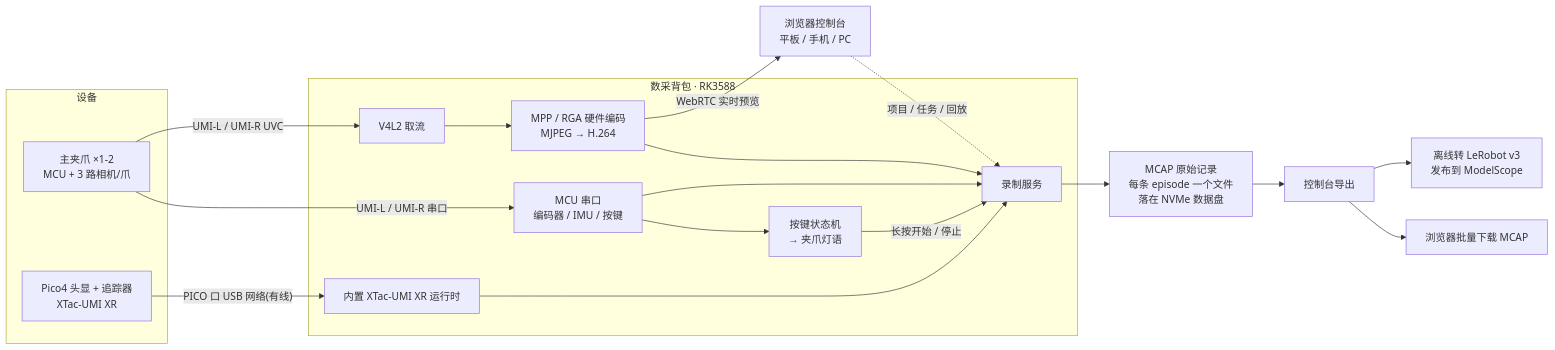
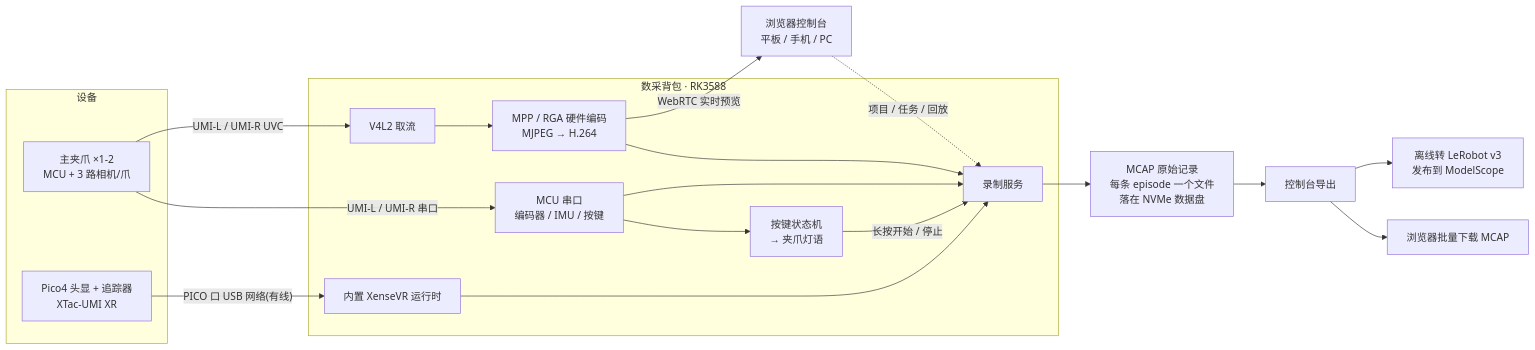
The first of 2 diagrams in docs/product/g1.md (XenseRobotics-AI/XTac-UMI-G1-Docs), drawn with Mermaid before and after one commit. The commit also changed other lines of this file and 20 other files, not shown here.

First line of the commit message:
docs: 撤回 XenseVR PC Service 的改名,只有头显 APP 叫 XTac-UMI XR

````diff
--- a/docs/product/g1.md
+++ b/docs/product/g1.md
@@ -33,30 +33,30 @@
 ```mermaid
 flowchart LR
     subgraph DEV["设备"]
         G["主夹爪 ×1-2<br/>MCU + 3 路相机/爪"]
         P["Pico4 头显 + 追踪器<br/>XTac-UMI XR"]
     end
     subgraph BP["数采背包 · RK3588"]
         MCU["MCU 串口<br/>编码器 / IMU / 按键"]
         KEY["按键状态机<br/>→ 夹爪灯语"]
         V4L["V4L2 取流"]
         MPP["MPP / RGA 硬件编码<br/>MJPEG → H.264"]
-        VR["内置 XTac-UMI XR 运行时"]
+        VR["内置 XenseVR 运行时"]
         REC["录制服务"]
     end
     G -->|"UMI-L / UMI-R 串口"| MCU
     G -->|"UMI-L / UMI-R UVC"| V4L
     P -->|"PICO 口 USB 网络(有线)"| VR
     MCU --> KEY
     KEY -->|"长按开始 / 停止"| REC
     MCU --> REC
     V4L --> MPP
     MPP --> REC
     VR --> REC
     MPP -->|"WebRTC 实时预览"| UI["浏览器控制台<br/>平板 / 手机 / PC"]
     UI -.->|"项目 / 任务 / 回放"| REC
     REC --> MCAP["MCAP 原始记录<br/>每条 episode 一个文件<br/>落在 NVMe 数据盘"]
     MCAP --> EXP["控制台导出"]
     EXP --> DL["浏览器批量下载 MCAP"]
     EXP --> LR["离线转 LeRobot v3<br/>发布到 ModelScope"]
 ```
````
